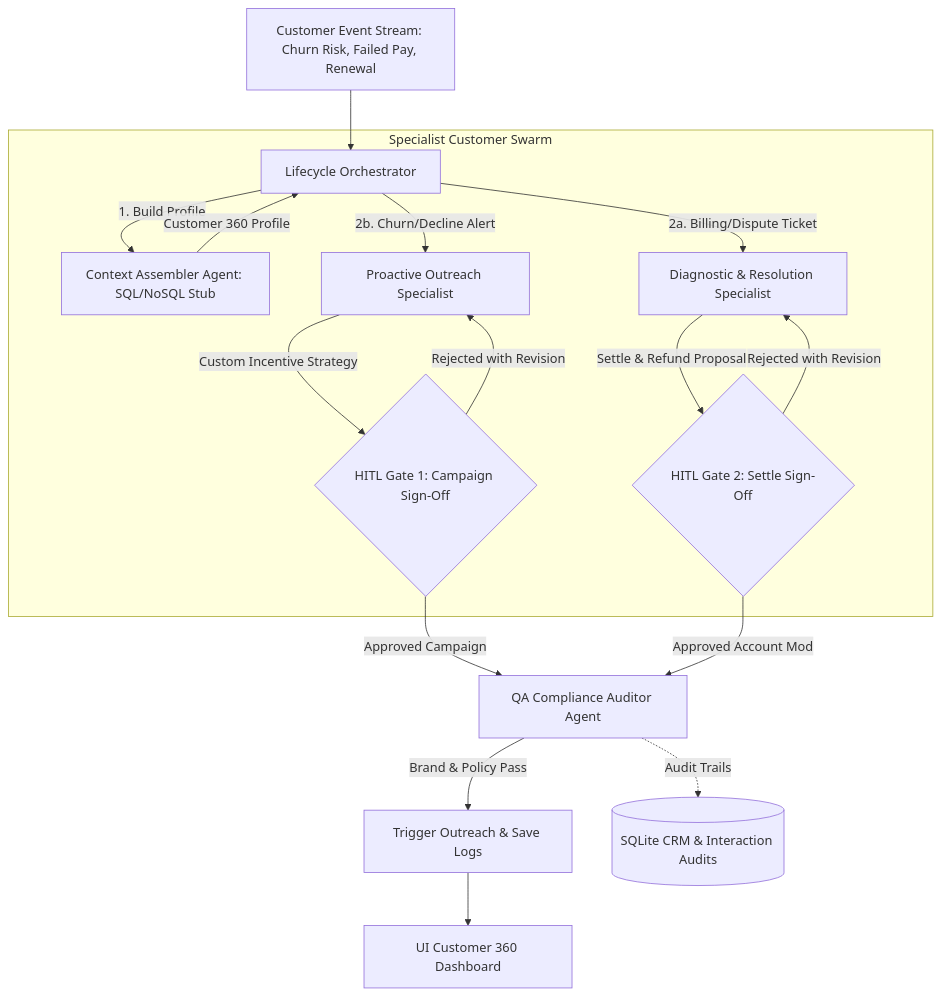
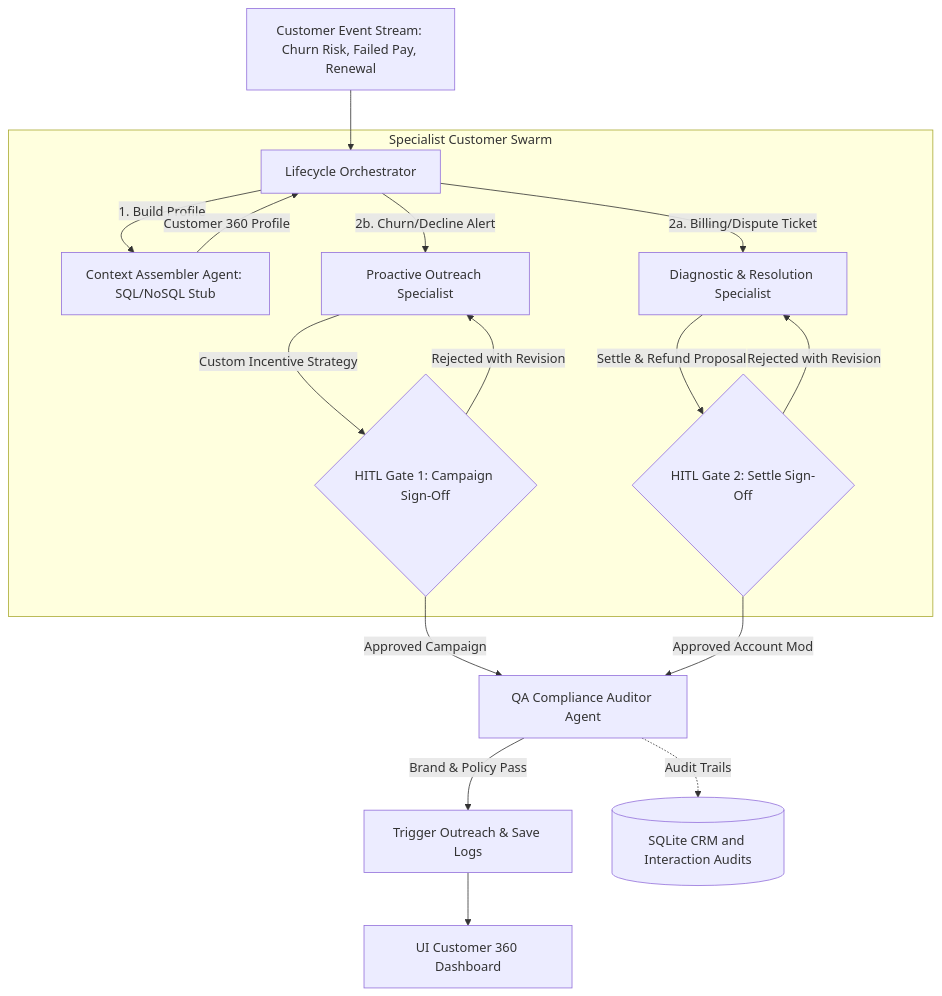
One commit to mailtotanvir/oneserv-agent changed the first of 2 diagrams in README.md. Above: the diagram before and after it, drawn with Mermaid.

Commit message:
docs: wrap complex mermaid nodes in quotes to fix github render error

````diff
--- a/README.md
+++ b/README.md
@@ -80,26 +80,26 @@
 ```mermaid
 graph TD
-    EventStream[Customer Event Stream: Churn Risk, Failed Pay, Renewal] --> Super[Lifecycle Orchestrator]
+    EventStream["Customer Event Stream: Churn Risk, Failed Pay, Renewal"] --> Super["Lifecycle Orchestrator"]
     
-    subgraph Specialist Customer Swarm
-        Super -->|1. Build Profile| Assembler[Context Assembler Agent: SQL/NoSQL Stub]
+    subgraph "Specialist Customer Swarm"
+        Super -->|1. Build Profile| Assembler["Context Assembler Agent: SQL/NoSQL Stub"]
         Assembler -->|Customer 360 Profile| Super
         
-        Super -->|2a. Billing/Dispute Ticket| Diagnostics[Diagnostic & Resolution Specialist]
-        Super -->|2b. Churn/Decline Alert| Proactive[Proactive Outreach Specialist]
+        Super -->|2a. Billing/Dispute Ticket| Diagnostics["Diagnostic & Resolution Specialist"]
+        Super -->|2b. Churn/Decline Alert| Proactive["Proactive Outreach Specialist"]
         
-        Diagnostics -->|Settle & Refund Proposal| HITL_Dispute{HITL Gate 2: Settle Sign-Off}
-        Proactive -->|Custom Incentive Strategy| HITL_Outreach{HITL Gate 1: Campaign Sign-Off}
+        Diagnostics -->|Settle & Refund Proposal| HITL_Dispute{"HITL Gate 2: Settle Sign-Off"}
+        Proactive -->|Custom Incentive Strategy| HITL_Outreach{"HITL Gate 1: Campaign Sign-Off"}
     end
     
-    HITL_Outreach -->|Approved Campaign| QAAgent[QA Compliance Auditor Agent]
+    HITL_Outreach -->|Approved Campaign| QAAgent["QA Compliance Auditor Agent"]
     HITL_Dispute -->|Approved Account Mod| QAAgent
     
     HITL_Outreach -->|Rejected with Revision| Proactive
     HITL_Dispute -->|Rejected with Revision| Diagnostics
     
-    QAAgent -->|Brand & Policy Pass| Deploy[Trigger Outreach & Save Logs]
-    QAAgent -.->|Audit Trails| SQLite[(SQLite CRM & Interaction Audits)]
+    QAAgent -->|Brand & Policy Pass| Deploy["Trigger Outreach & Save Logs"]
+    QAAgent -.->|Audit Trails| SQLite[("SQLite CRM and Interaction Audits")]
     
-    Deploy --> Console[UI Customer 360 Dashboard]
+    Deploy --> Console["UI Customer 360 Dashboard"]
 ```
````
